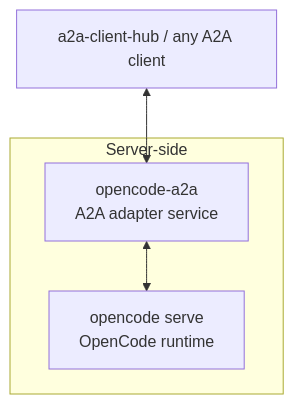
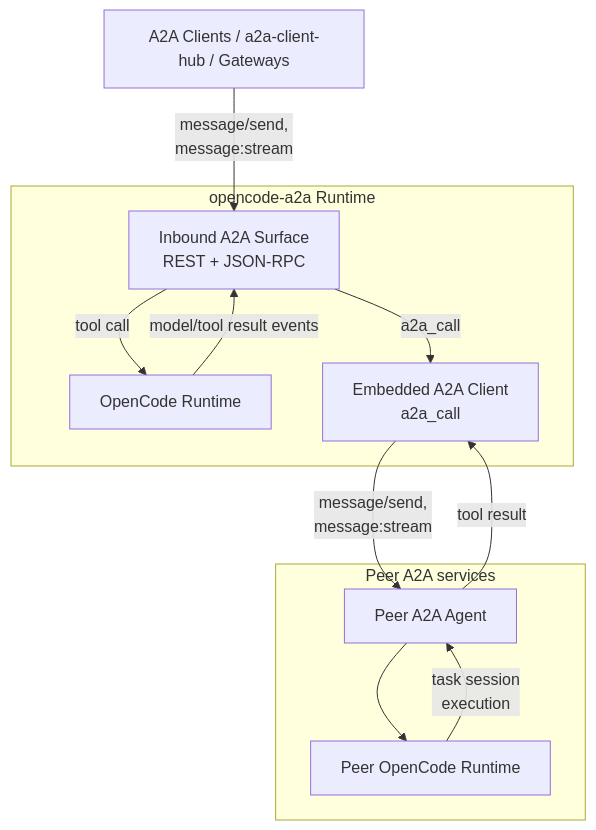
One commit to Intelligent-Internet/opencode-a2a-serve changed the diagram in README.md. Above: the diagram before and after it, drawn with Mermaid. The commit also changed other lines of this file and 3 other files, not shown here.

````diff
--- a/README.md
+++ b/README.md
@@ -15,13 +18,24 @@
 ```mermaid
 flowchart TD
-    Client["a2a-client-hub / any A2A client"]
+    External["A2A Clients / a2a-client-hub / Gateways"]
 
-    subgraph ServerSide["Server-side"]
-        Adapter["opencode-a2a\nA2A adapter service"]
-        Runtime["opencode serve\nOpenCode runtime"]
-
-        Adapter <--> Runtime
+    subgraph Adapter["opencode-a2a Runtime"]
+        Ingress["Inbound A2A Surface\nREST + JSON-RPC"]
+        OpenCode["OpenCode Runtime"]
+        Outbound["Embedded A2A Client\na2a_call"]
     end
 
-    Client <--> Adapter
+    subgraph Peers["Peer A2A services"]
+        PeerA2A["Peer A2A Agent"]
+        PeerRuntime["Peer OpenCode Runtime"]
+        PeerA2A --> PeerRuntime
+    end
+
+    External -->|message/send,\nmessage:stream| Ingress
+    Ingress -->|tool call| OpenCode
+    OpenCode -->|model/tool result events| Ingress
+    Ingress -->|a2a_call| Outbound
+    Outbound -->|message/send,\nmessage:stream| PeerA2A
+    PeerA2A -->|tool result| Outbound
+    PeerRuntime -->|task session\nexecution| PeerA2A
 ```
````
